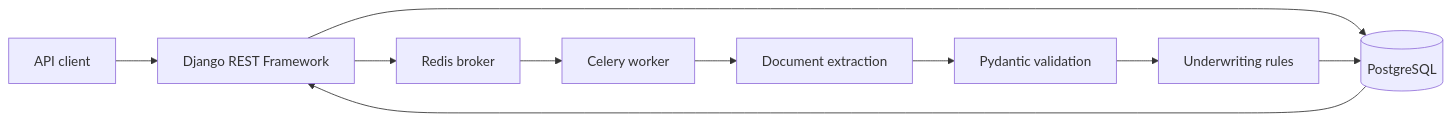
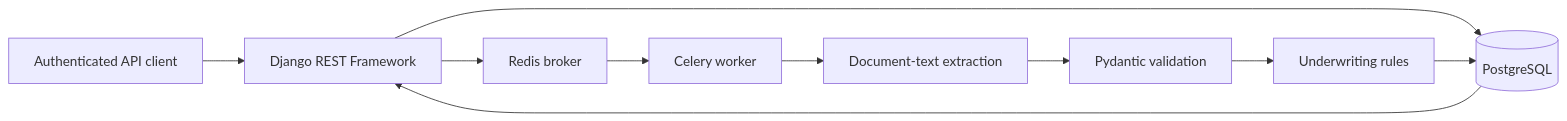
The diagram in README.md (SayojyaPatil/loan-processing-platform), drawn with Mermaid before and after one commit. The commit also changed other lines of this file and 18 other files, not shown here.

````diff
--- a/README.md
+++ b/README.md
@@ -20,12 +22,12 @@
 ```mermaid
 flowchart LR
-    A[API client] --> B[Django REST Framework]
+    A[Authenticated API client] --> B[Django REST Framework]
     B --> C[(PostgreSQL)]
     B --> D[Redis broker]
     D --> E[Celery worker]
-    E --> F[Document extraction]
+    E --> F[Document-text extraction]
     F --> G[Pydantic validation]
     G --> H[Underwriting rules]
     H --> C
     C --> B
 ```
````
